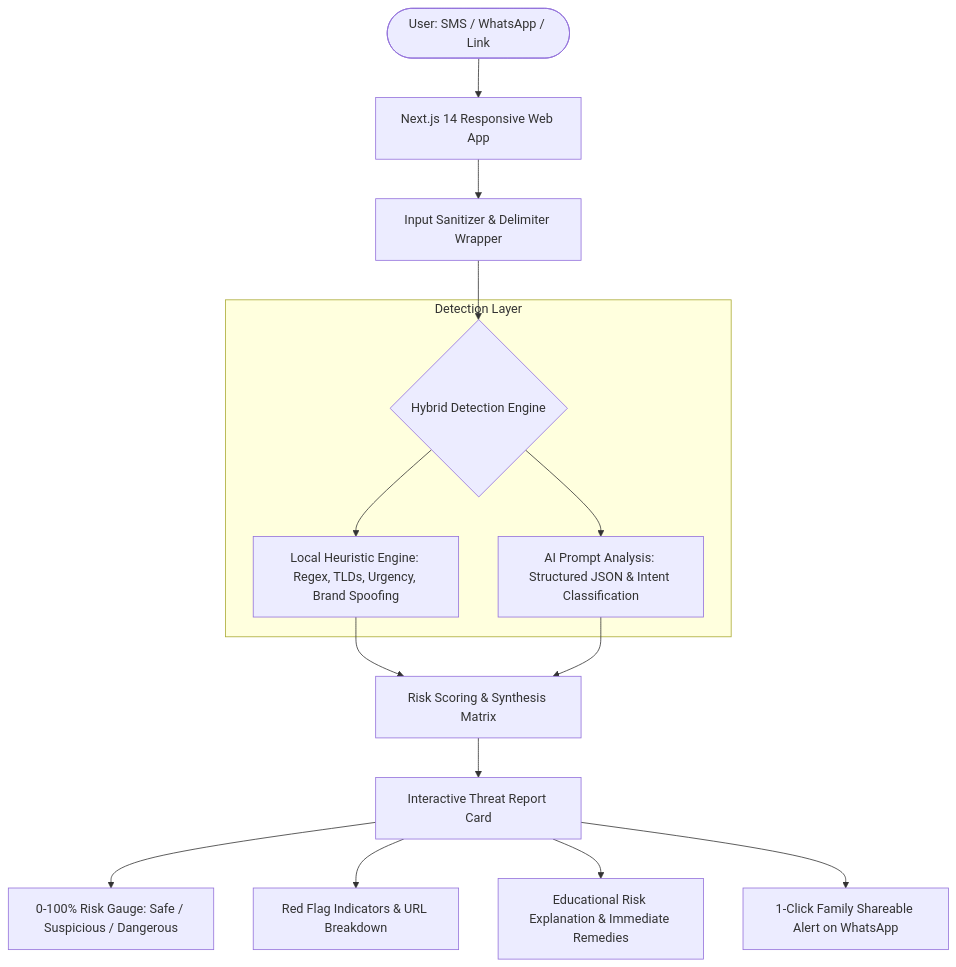
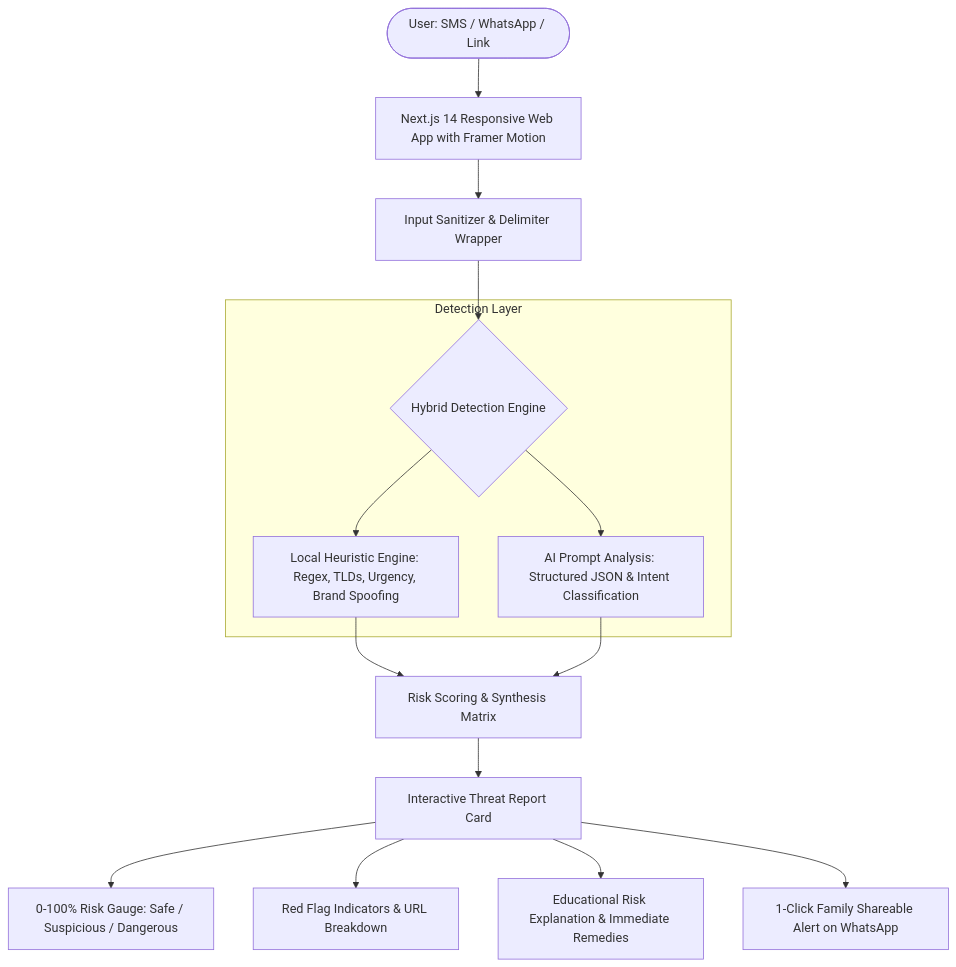
One commit to Xani113/baitcheck changed the diagram in README.md. Above: the diagram before and after it, drawn with Mermaid. The commit also changed other lines of this file and 4 other files, not shown here.

Commit message:
feat(ui): upgrade to world-class cybersecurity command center with framer-motion and multi-module tabs

````diff
--- a/README.md
+++ b/README.md
@@ -37,20 +29,20 @@
 ```mermaid
 flowchart TD
-    User([User: SMS / WhatsApp / Link]) --> UI[Next.js 14 Responsive Web App]
+    User([User: SMS / WhatsApp / Link]) --> UI[Next.js 14 Responsive Web App with Framer Motion]
     UI --> InputSanitizer[Input Sanitizer & Delimiter Wrapper]
     InputSanitizer --> HybridEngine{Hybrid Detection Engine}
     
     subgraph Detection Layer
         HybridEngine --> HeuristicScanner[Local Heuristic Engine: Regex, TLDs, Urgency, Brand Spoofing]
         HybridEngine --> LlmAnalyzer[AI Prompt Analysis: Structured JSON & Intent Classification]
     end
 
     HeuristicScanner --> Aggregator[Risk Scoring & Synthesis Matrix]
     LlmAnalyzer --> Aggregator
 
     Aggregator --> OutputUI[Interactive Threat Report Card]
     OutputUI --> ScoreGauge[0-100% Risk Gauge: Safe / Suspicious / Dangerous]
     OutputUI --> RedFlags[Red Flag Indicators & URL Breakdown]
     OutputUI --> EduGuide[Educational Risk Explanation & Immediate Remedies]
     OutputUI --> ShareWhatsApp[1-Click Family Shareable Alert on WhatsApp]
 ```
````
